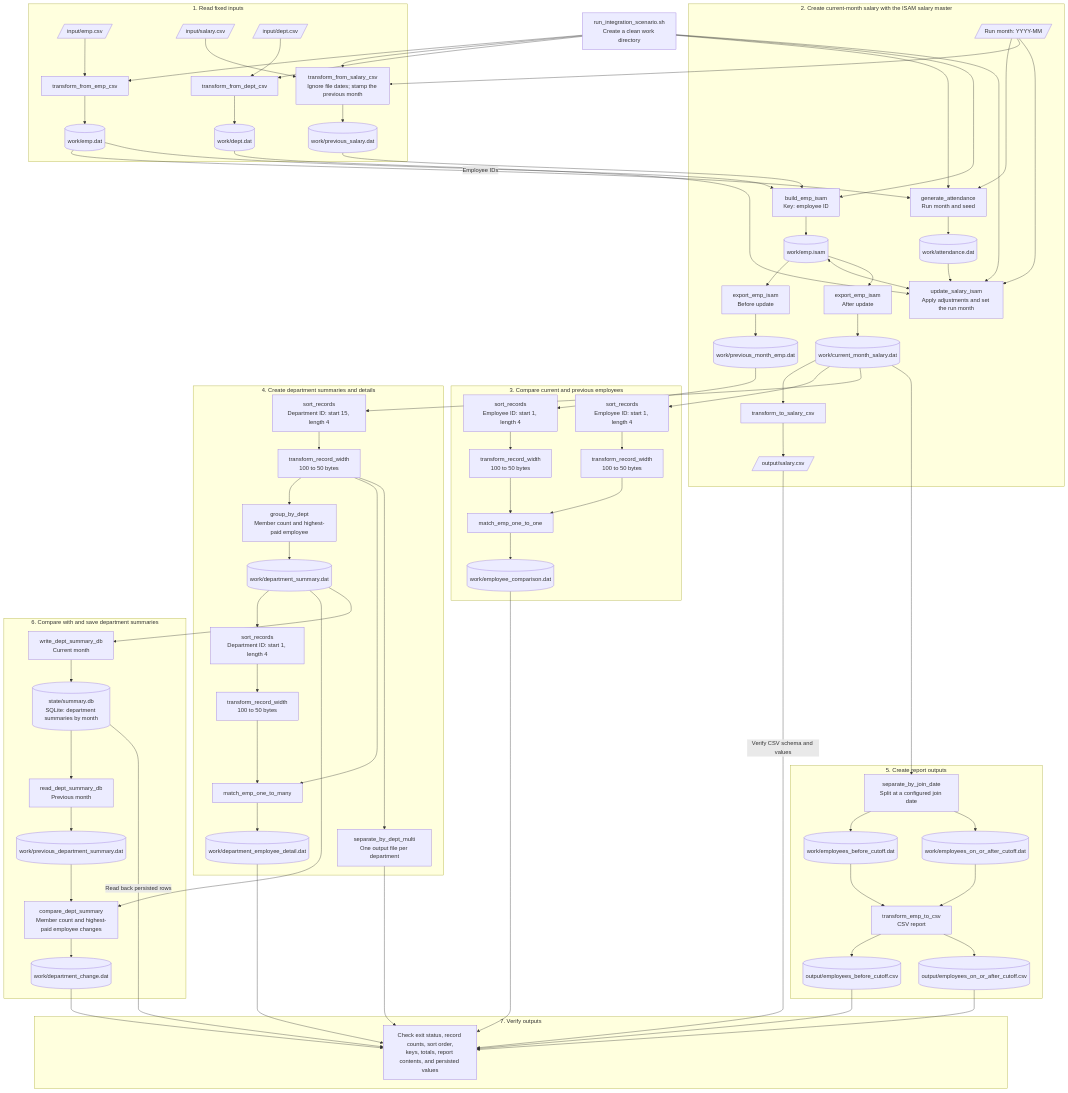
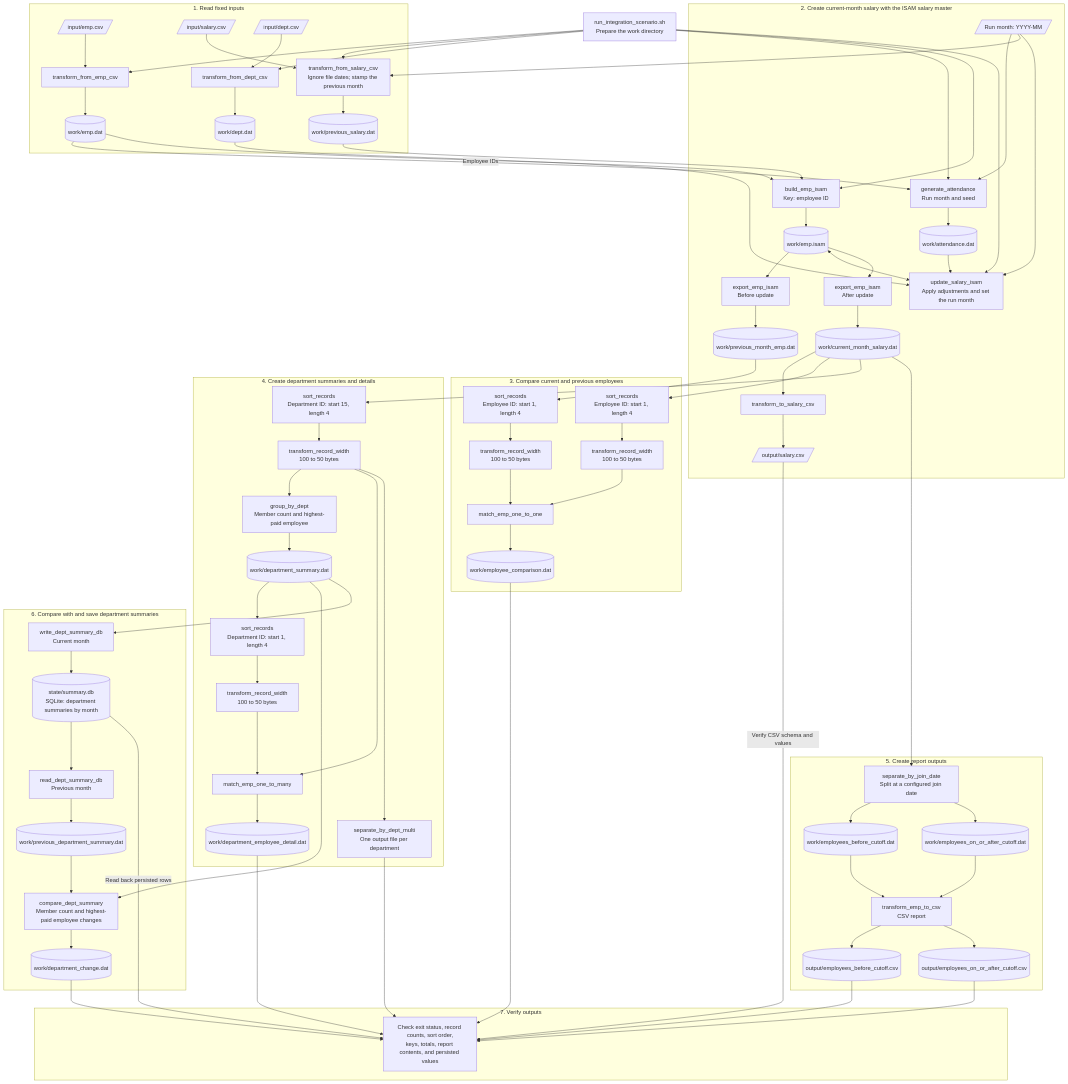
Before and after one commit to suzu-devworks/examples-cobol: the diagram in docs/application-integration-test-scenarios.md, drawn with Mermaid. The commit also changed other lines of this file and 4 other files, not shown here.

Commit message:
Add restartable integration scenario job

````diff
--- a/docs/application-integration-test-scenarios.md
+++ b/docs/application-integration-test-scenarios.md
@@ -15,6 +15,6 @@
 ```mermaid
 flowchart TD
-    job["run_integration_scenario.sh<br/>Create a clean work directory"]
+    job["run_integration_scenario.sh<br/>Prepare the work directory"]
     attendance_gen["generate_attendance<br/>Run month and seed"]
     run_month[/Run month: YYYY-MM/]
 
````
